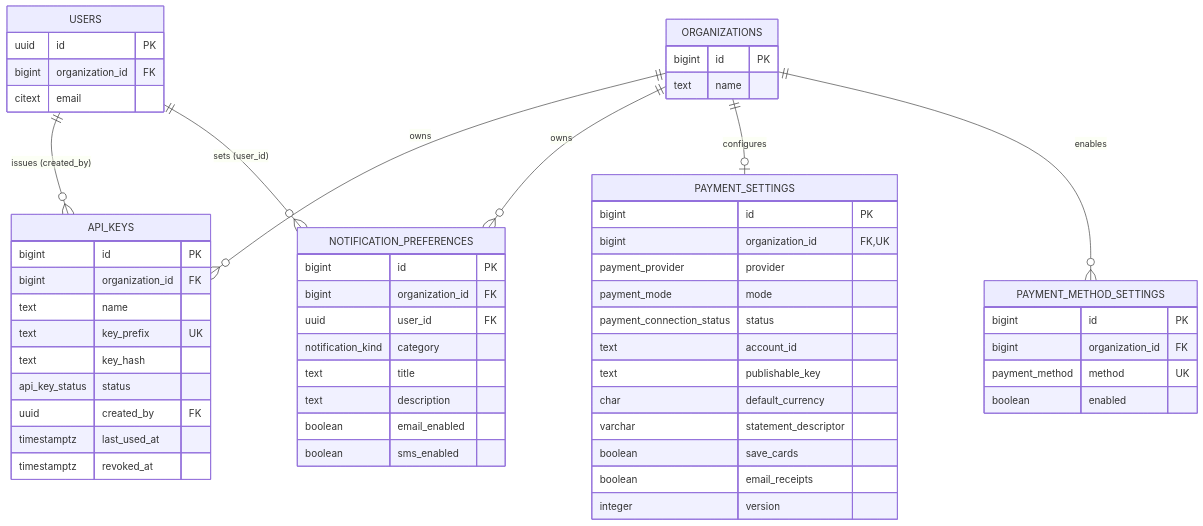
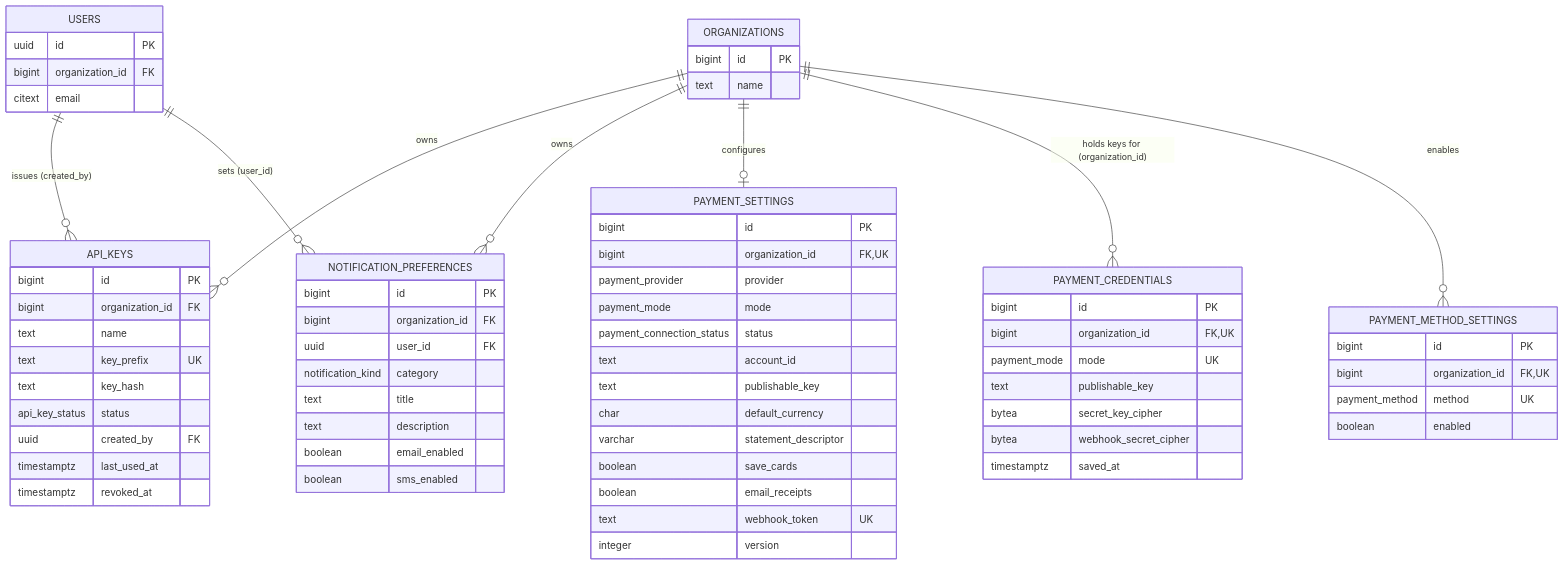
Before and after one commit to kaungkhantdev/eventa-docs: the third of 13 diagrams in 04-architecture/erd.md, drawn with Mermaid. The commit also changed other lines of this file and 9 other files, not shown here.

First line of the commit message:
docs(erd): saved_events is the seventh junction; payment_settings is 1:1

````diff
--- a/04-architecture/erd.md
+++ b/04-architecture/erd.md
@@ -756,60 +860,71 @@
 ```mermaid
 erDiagram
     ORGANIZATIONS {
         bigint id PK
         text name
     }
     USERS {
         uuid id PK
         bigint organization_id FK
         citext email
     }
     API_KEYS {
         bigint id PK
         bigint organization_id FK
         text name
         text key_prefix UK
         text key_hash
         api_key_status status
         uuid created_by FK
         timestamptz last_used_at
         timestamptz revoked_at
     }
     NOTIFICATION_PREFERENCES {
         bigint id PK
         bigint organization_id FK
         uuid user_id FK
         notification_kind category
         text title
         text description
         boolean email_enabled
         boolean sms_enabled
     }
     PAYMENT_SETTINGS {
         bigint id PK
         bigint organization_id FK,UK
         payment_provider provider
         payment_mode mode
         payment_connection_status status
         text account_id
         text publishable_key
         char default_currency
         varchar statement_descriptor
         boolean save_cards
         boolean email_receipts
+        text webhook_token UK
         integer version
+    }
+    PAYMENT_CREDENTIALS {
+        bigint id PK
+        bigint organization_id FK,UK
+        payment_mode mode UK
+        text publishable_key
+        bytea secret_key_cipher
+        bytea webhook_secret_cipher
+        timestamptz saved_at
     }
     PAYMENT_METHOD_SETTINGS {
         bigint id PK
-        bigint organization_id FK
+        bigint organization_id FK,UK
         payment_method method UK
         boolean enabled
     }
 
     ORGANIZATIONS ||--o{ API_KEYS : "owns"
     ORGANIZATIONS ||--o{ NOTIFICATION_PREFERENCES : "owns"
     ORGANIZATIONS ||--o| PAYMENT_SETTINGS : "configures"
+    ORGANIZATIONS ||--o{ PAYMENT_CREDENTIALS : "holds keys for (organization_id)"
     ORGANIZATIONS ||--o{ PAYMENT_METHOD_SETTINGS : "enables"
     USERS ||--o{ API_KEYS : "issues (created_by)"
     USERS ||--o{ NOTIFICATION_PREFERENCES : "sets (user_id)"
 ```
````
